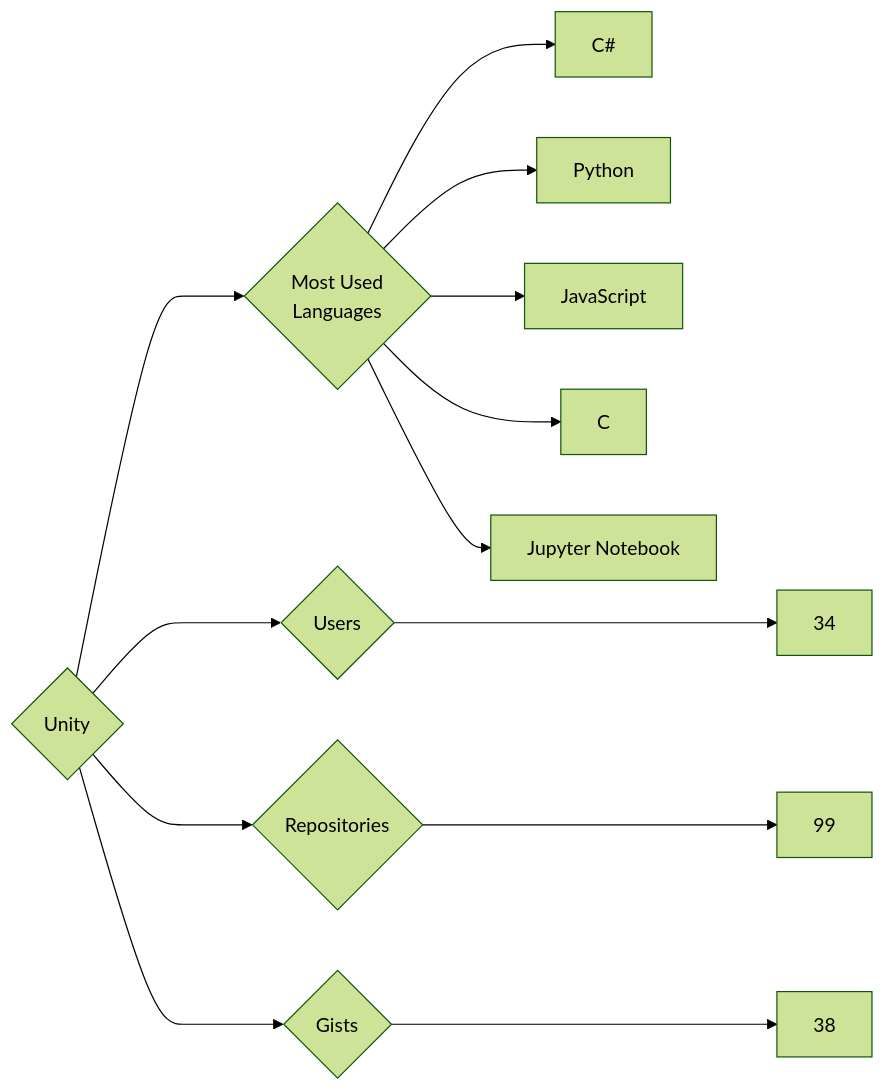
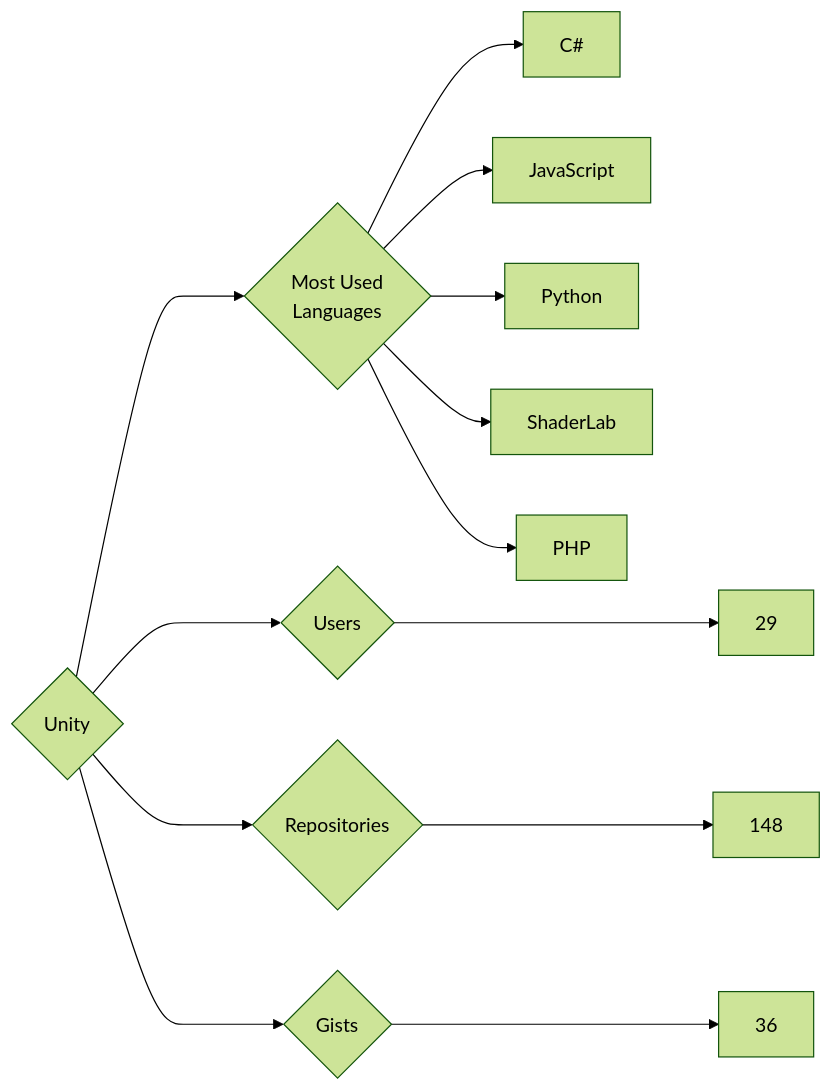
Before and after one commit to trickest/insiders: the diagram in targets/Unity/README.md, drawn with Mermaid (forest theme). The commit also changed 814 other files, not shown here.

````diff
--- a/targets/Unity/README.md
+++ b/targets/Unity/README.md
@@ -3,13 +3,13 @@
 ```mermaid
 graph LR
 COMPANY_NAME{Unity}
-COMPANY_NAME ---> U{Users} ---> UN[34]
-COMPANY_NAME ---> R{Repositories} ---> RN[99]
-COMPANY_NAME ---> G{Gists} ---> GN[38]
+COMPANY_NAME ---> U{Users} ---> UN[29]
+COMPANY_NAME ---> R{Repositories} ---> RN[148]
+COMPANY_NAME ---> G{Gists} ---> GN[36]
 COMPANY_NAME ---> ML{Most Used<br>Languages}
 ML --> C#[C#]
+ML --> JavaScript[JavaScript]
 ML --> Python[Python]
-ML --> JavaScript[JavaScript]
-ML --> C[C]
-ML --> Jupyter_Notebook[Jupyter Notebook]
+ML --> ShaderLab[ShaderLab]
+ML --> PHP[PHP]
 ```
````
